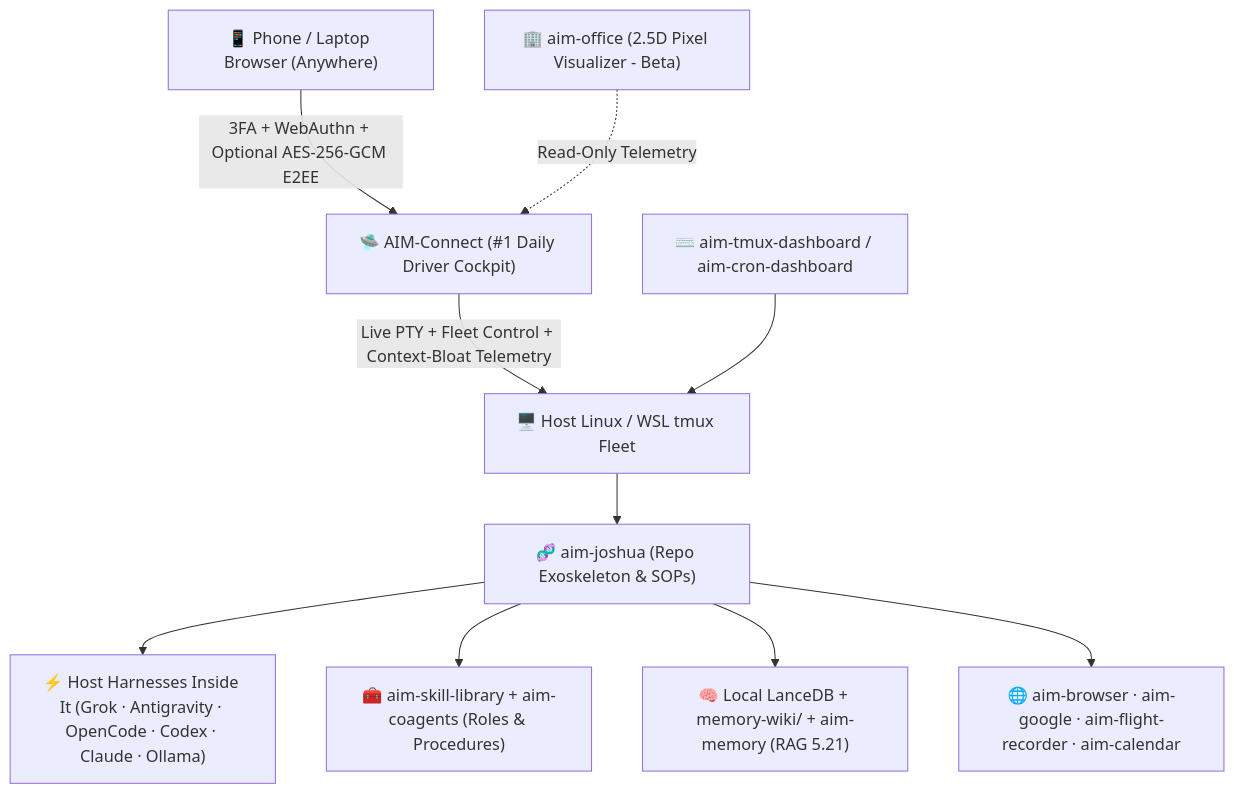
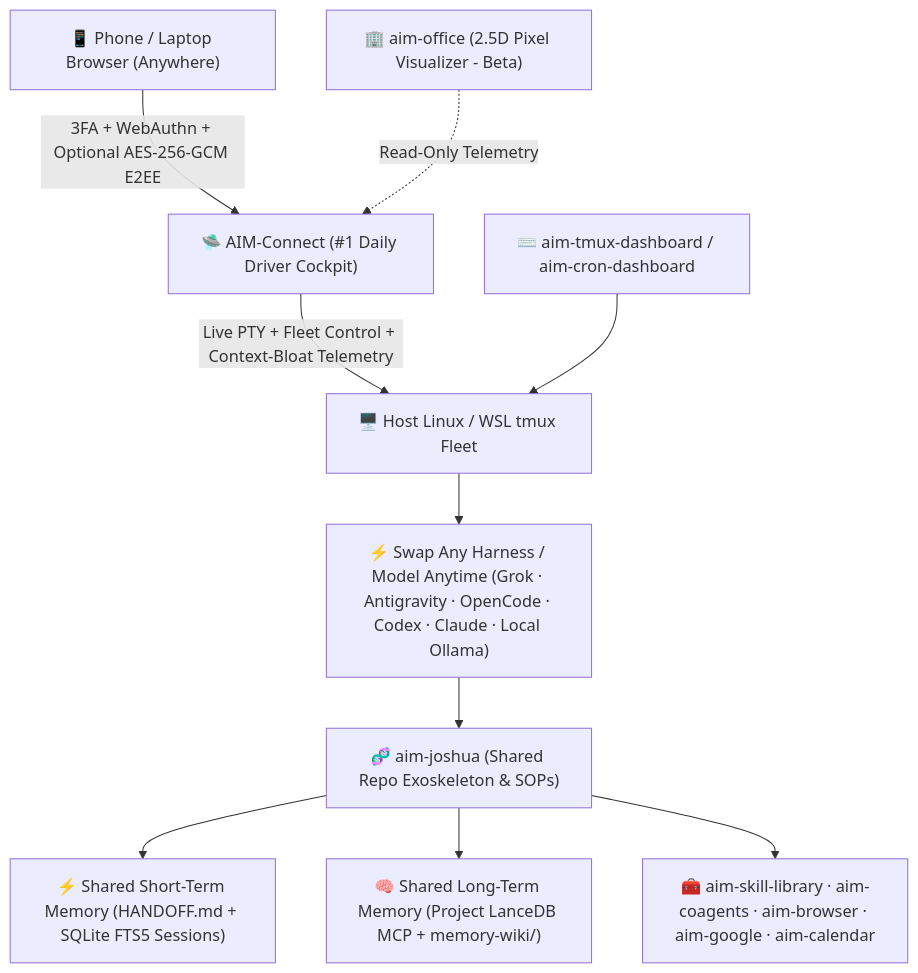
One commit to BrianV1981/aim-ecosystem changed the diagram in README.md. Above: the diagram before and after it, drawn with Mermaid. The commit also changed other lines of this file, not shown here.

Commit message:
docs(readme): elevate cross-harness/model shared short-term & long-term LanceDB project memory as #1 separator

````diff
--- a/README.md
+++ b/README.md
@@ -28,12 +30,12 @@
 ```mermaid
 flowchart TD
     Browser["📱 Phone / Laptop Browser (Anywhere)"] -->|"3FA + WebAuthn + Optional AES-256-GCM E2EE"| Connect["🛸 AIM-Connect (#1 Daily Driver Cockpit)"]
     Connect -->|"Live PTY + Fleet Control + Context-Bloat Telemetry"| Tmux["🖥️ Host Linux / WSL tmux Fleet"]
     Dash["⌨️ aim-tmux-dashboard / aim-cron-dashboard"] --> Tmux
     Office["🏢 aim-office (2.5D Pixel Visualizer - Beta)"] -.->|"Read-Only Telemetry"| Connect
-    Tmux --> Joshua["🧬 aim-joshua (Repo Exoskeleton & SOPs)"]
-    Joshua --> Harnesses["⚡ Host Harnesses Inside It (Grok · Antigravity · OpenCode · Codex · Claude · Ollama)"]
-    Joshua --> Skills["🧰 aim-skill-library + aim-coagents (Roles & Procedures)"]
-    Joshua --> Memory["🧠 Local LanceDB + memory-wiki/ + aim-memory (RAG 5.21)"]
-    Joshua --> Tools["🌐 aim-browser · aim-google · aim-flight-recorder · aim-calendar"]
+    Tmux --> Harnesses["⚡ Swap Any Harness / Model Anytime (Grok · Antigravity · OpenCode · Codex · Claude · Local Ollama)"]
+    Harnesses --> Joshua["🧬 aim-joshua (Shared Repo Exoskeleton & SOPs)"]
+    Joshua --> ShortTerm["⚡ Shared Short-Term Memory (HANDOFF.md + SQLite FTS5 Sessions)"]
+    Joshua --> LongTerm["🧠 Shared Long-Term Memory (Project LanceDB MCP + memory-wiki/)"]
+    Joshua --> Tools["🧰 aim-skill-library · aim-coagents · aim-browser · aim-google · aim-calendar"]
 ```
````
